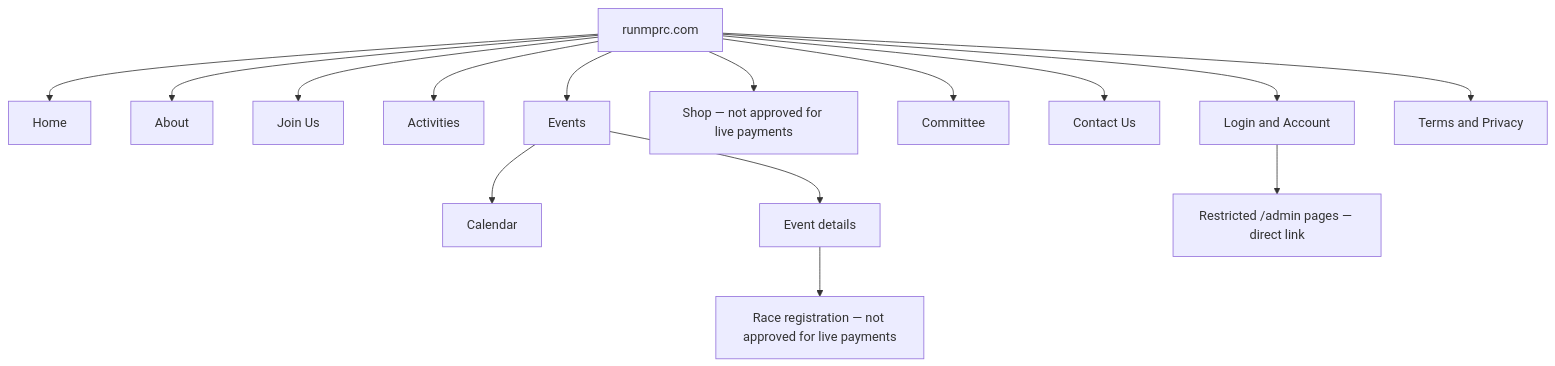
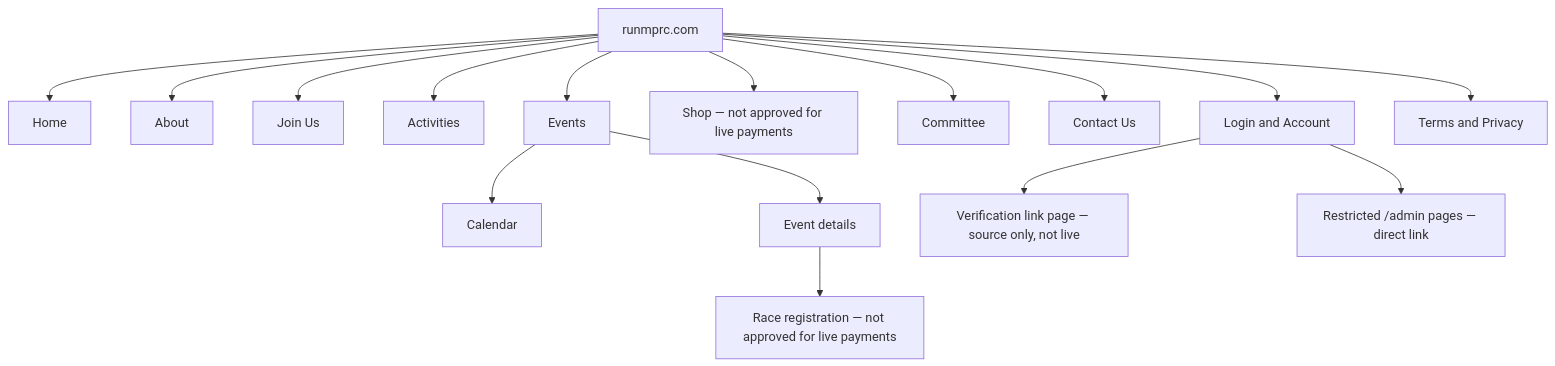
The first of 7 diagrams in docs/officers/SYSTEM_MAPS.md (Run-MPRC/Run-MPRC.github.io), drawn with Mermaid before and after one commit. The commit also changed other lines of this file and 21 other files, not shown here.

First line of the commit message:
AUTH-MAIL-002C2: handle verification links safely (#195)

````diff
--- a/docs/officers/SYSTEM_MAPS.md
+++ b/docs/officers/SYSTEM_MAPS.md
@@ -7,17 +7,18 @@
 ```mermaid
 flowchart TD
     Site["runmprc.com"] --> Home["Home"]
     Site --> About["About"]
     Site --> Join["Join Us"]
     Site --> Activities["Activities"]
     Site --> Events["Events"]
     Events --> Calendar["Calendar"]
     Events --> Event["Event details"]
     Event --> Registration["Race registration — not approved for live payments"]
     Site --> Shop["Shop — not approved for live payments"]
     Site --> Committee["Committee"]
     Site --> Contact["Contact Us"]
     Site --> Account["Login and Account"]
+    Account --> AuthAction["Verification link page — source only, not live"]
     Site --> Legal["Terms and Privacy"]
     Account --> Admin["Restricted /admin pages — direct link"]
 ```
````
